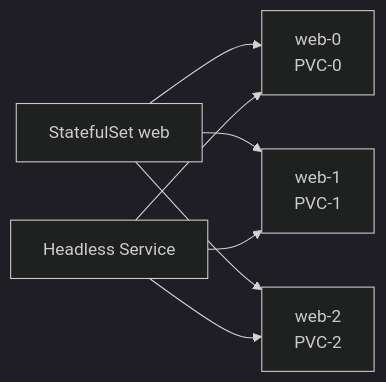
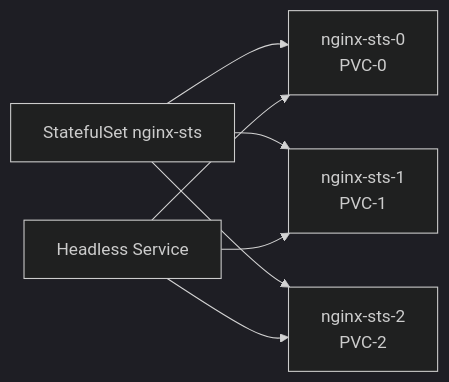
The diagram in k8s-learning-path/02-工作负载/02-StatefulSet与DaemonSet.md (keyuanweb/ai-learning-path), drawn with Mermaid (dark theme) before and after one commit. The commit also changed other lines of this file and 176 other files, not shown here.

First line of the commit message:
docs: 全仓库文档校对修复——错别字/失效链接/Mermaid图/源码引用

````diff
--- a/k8s-learning-path/02-工作负载/02-StatefulSet与DaemonSet.md
+++ b/k8s-learning-path/02-工作负载/02-StatefulSet与DaemonSet.md
@@ -7,10 +7,10 @@
 ```mermaid
 flowchart LR
-    STS["StatefulSet web"]
-    STS --> P0["web-0<br/>PVC-0"]
-    STS --> P1["web-1<br/>PVC-1"]
-    STS --> P2["web-2<br/>PVC-2"]
+    STS["StatefulSet nginx-sts"]
+    STS --> P0["nginx-sts-0<br/>PVC-0"]
+    STS --> P1["nginx-sts-1<br/>PVC-1"]
+    STS --> P2["nginx-sts-2<br/>PVC-2"]
     SVC["Headless Service"] --> P0
     SVC --> P1
     SVC --> P2
 ```
````
